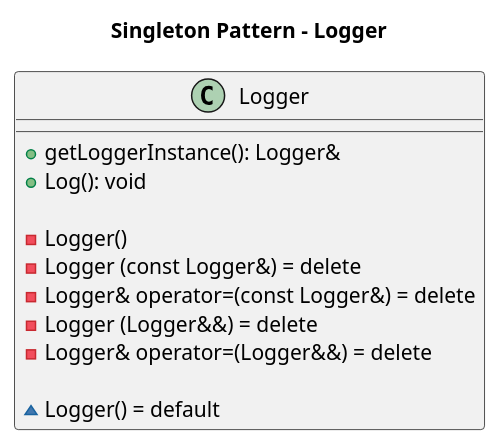
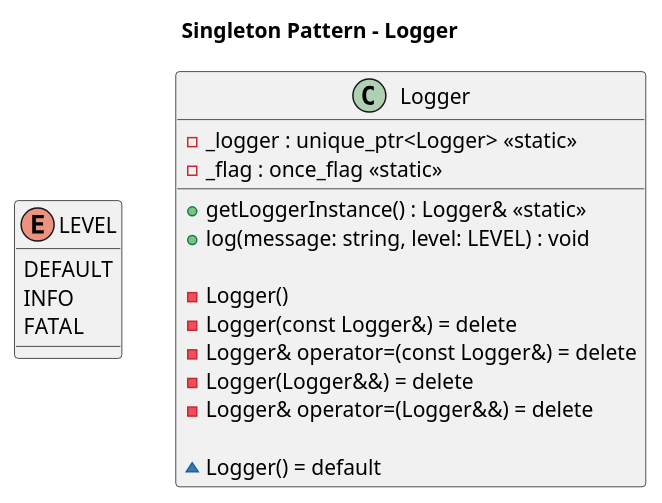
Before and after one commit to johnjiangtw0804/OOP_C_PLUS_PLUS: the diagram in singleton/UML.puml, drawn with PlantUML. The commit also changed 1 other file, not shown here.

```diff
--- a/singleton/UML.puml
+++ b/singleton/UML.puml
@@ -1,18 +1,28 @@
 @startuml
 
 title Singleton Pattern - Logger
 
+enum LEVEL {
+    DEFAULT
+    INFO
+    FATAL
+}
+
 class Logger {
-    +getLoggerInstance(): Logger&
-    +Log(): void
+
+    +getLoggerInstance() : Logger& <<static>>
+    +log(message: string, level: LEVEL) : void
 
     -Logger()
-    -Logger (const Logger&) = delete
+    -Logger(const Logger&) = delete
     -Logger& operator=(const Logger&) = delete
-    -Logger (Logger&&) = delete
+    -Logger(Logger&&) = delete
     -Logger& operator=(Logger&&) = delete
 
     ~Logger() = default
+
+    -_logger : unique_ptr<Logger> <<static>>
+    -_flag : once_flag <<static>>
 }
 
 @enduml
```
